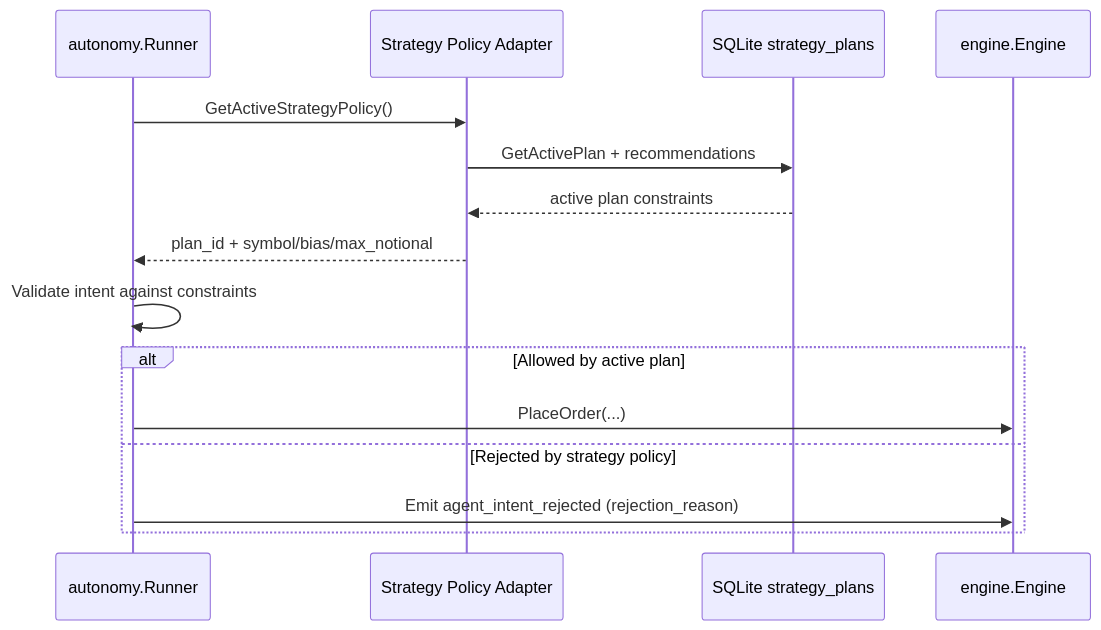
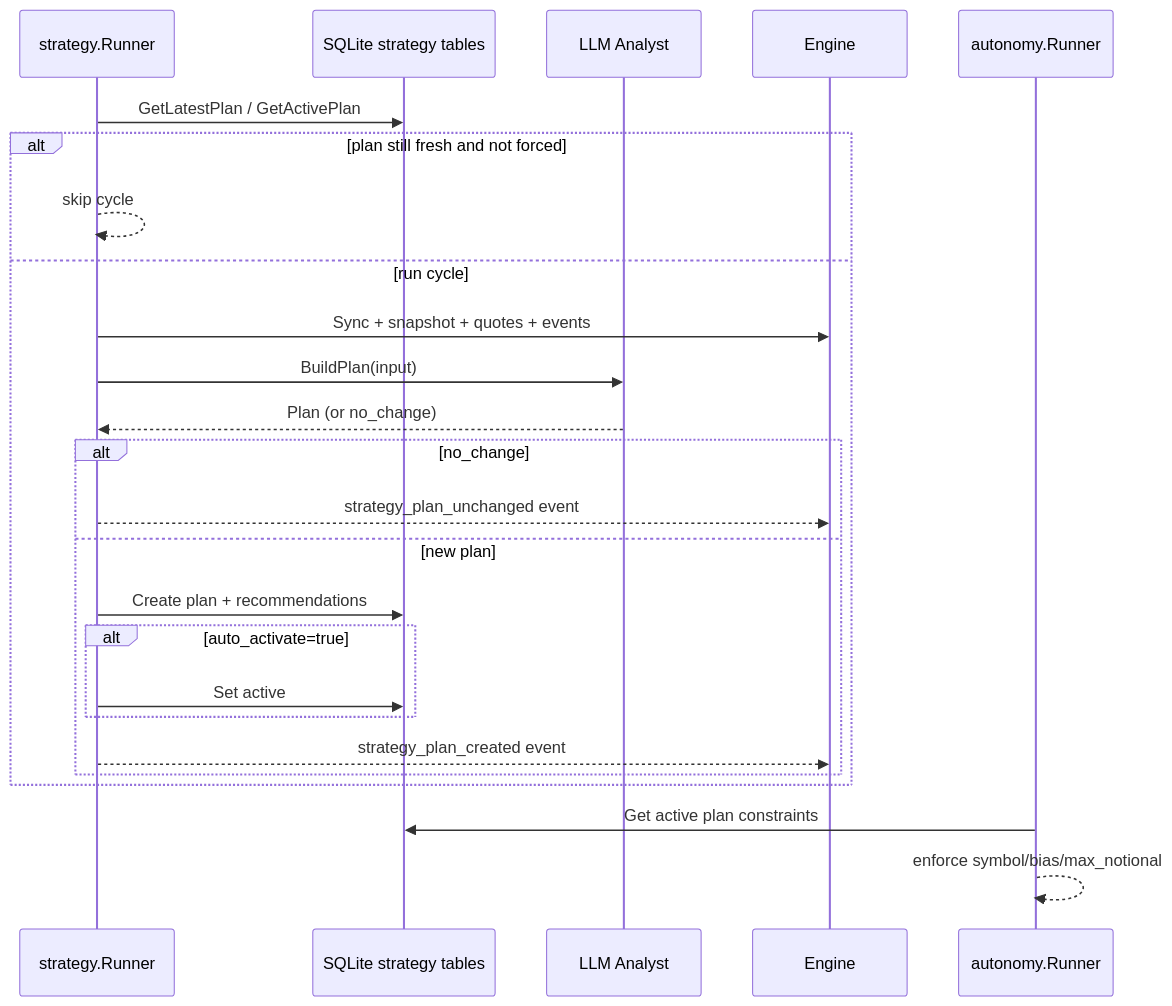
Before and after one commit to nerdstep/helix-tui: the fifth of 7 diagrams in docs/architecture.md, drawn with Mermaid. The commit also changed other lines of this file and 8 other files, not shown here.

````diff
--- a/docs/architecture.md
+++ b/docs/architecture.md
@@ -146,18 +127,28 @@
 ```mermaid
 sequenceDiagram
+    participant S as strategy.Runner
+    participant D as SQLite strategy tables
+    participant L as LLM Analyst
+    participant E as Engine
     participant A as autonomy.Runner
-    participant SP as Strategy Policy Adapter
-    participant DB as SQLite strategy_plans
-    participant E as engine.Engine
 
-    A->>SP: GetActiveStrategyPolicy()
-    SP->>DB: GetActivePlan + recommendations
-    DB-->>SP: active plan constraints
-    SP-->>A: plan_id + symbol/bias/max_notional
-    A->>A: Validate intent against constraints
-    alt Allowed by active plan
-        A->>E: PlaceOrder(...)
-    else Rejected by strategy policy
-        A->>E: Emit agent_intent_rejected (rejection_reason)
+    S->>D: GetLatestPlan / GetActivePlan
+    alt plan still fresh and not forced
+      S-->>S: skip cycle
+    else run cycle
+      S->>E: Sync + snapshot + quotes + events
+      S->>L: BuildPlan(input)
+      L-->>S: Plan (or no_change)
+      alt no_change
+        S-->>E: strategy_plan_unchanged event
+      else new plan
+        S->>D: Create plan + recommendations
+        alt auto_activate=true
+          S->>D: Set active
+        end
+        S-->>E: strategy_plan_created event
+      end
     end
+    A->>D: Get active plan constraints
+    A-->>A: enforce symbol/bias/max_notional
 ```
````
